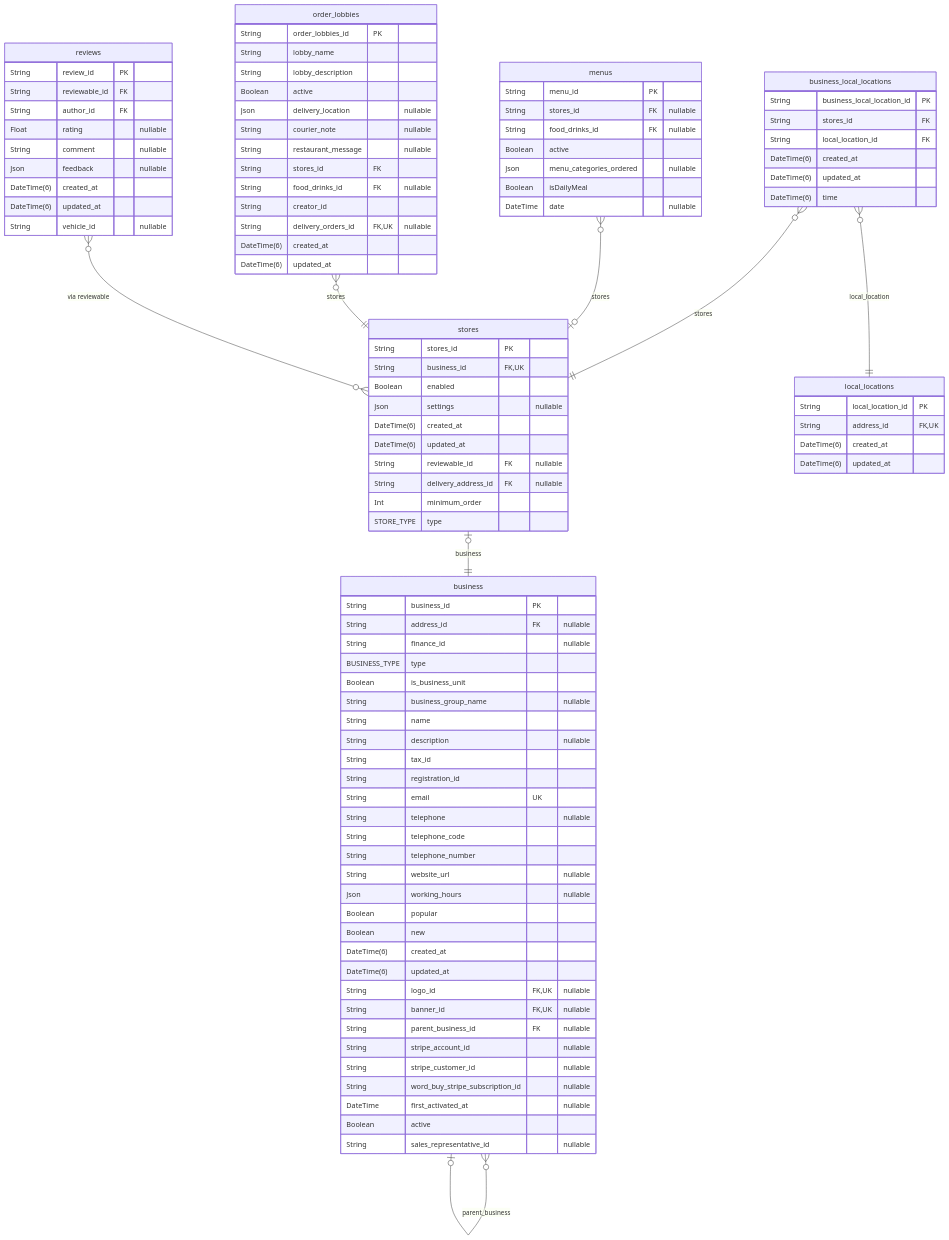
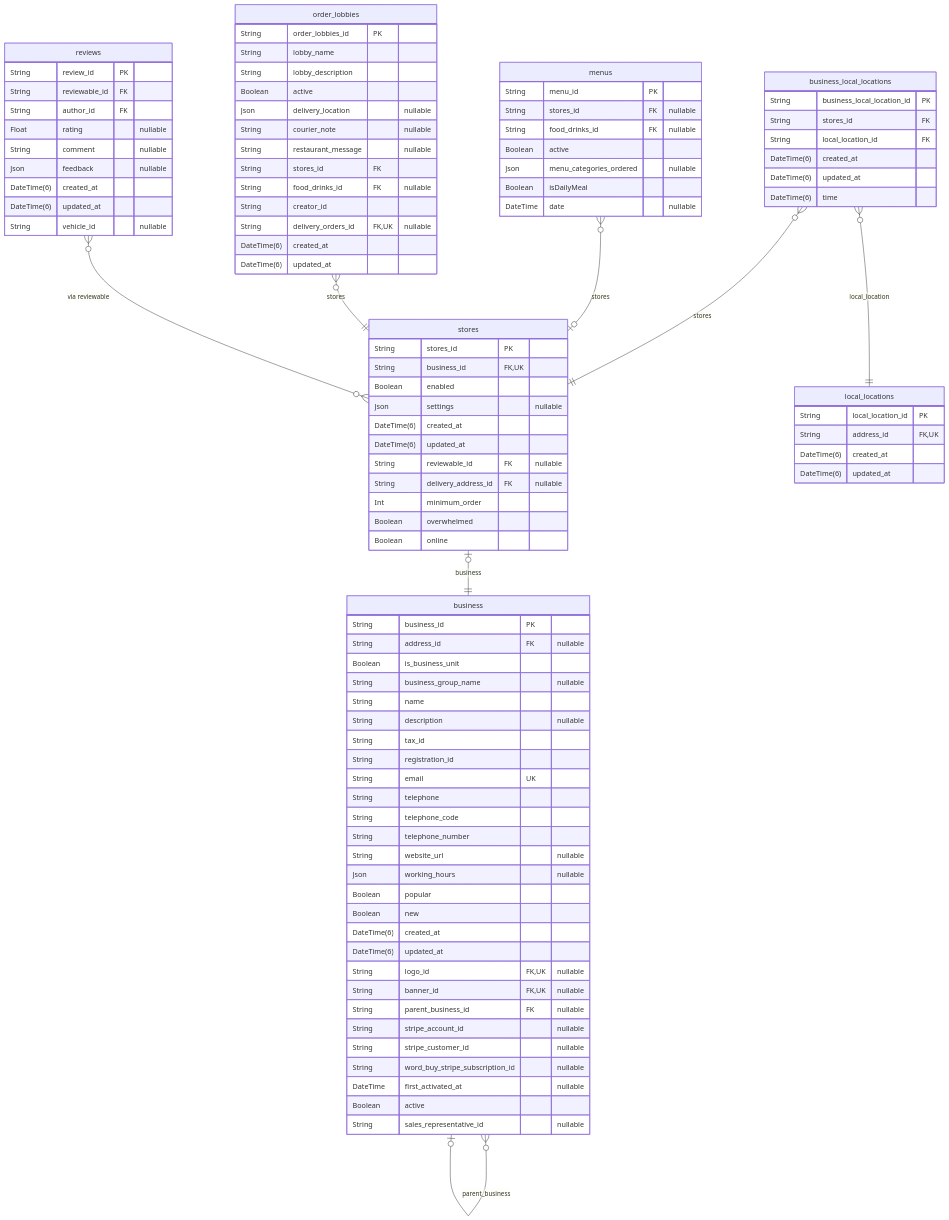
Diagram 20 of 39 in prisma/schemas/ERD.md (pbozic/be-analyisis), drawn with Mermaid before and after one commit. The commit also changed other lines of this file and 4 other files, not shown here.

```diff
--- a/prisma/schemas/ERD.md
+++ b/prisma/schemas/ERD.md
@@ -3241,7 +3244,8 @@
   String reviewable_id FK "nullable"
   String delivery_address_id FK "nullable"
   Int minimum_order
-  STORE_TYPE type
+  Boolean overwhelmed
+  Boolean online
 }
 "business_local_locations" {
   String business_local_location_id PK
@@ -3260,8 +3264,6 @@
 "business" {
   String business_id PK
   String address_id FK "nullable"
-  String finance_id "nullable"
-  BUSINESS_TYPE type
   Boolean is_business_unit
   String business_group_name "nullable"
   String name
@@ -3269,7 +3271,7 @@
   String tax_id
   String registration_id
   String email UK
-  String telephone "nullable"
+  String telephone
   String telephone_code
   String telephone_number
   String website_url "nullable"
```
